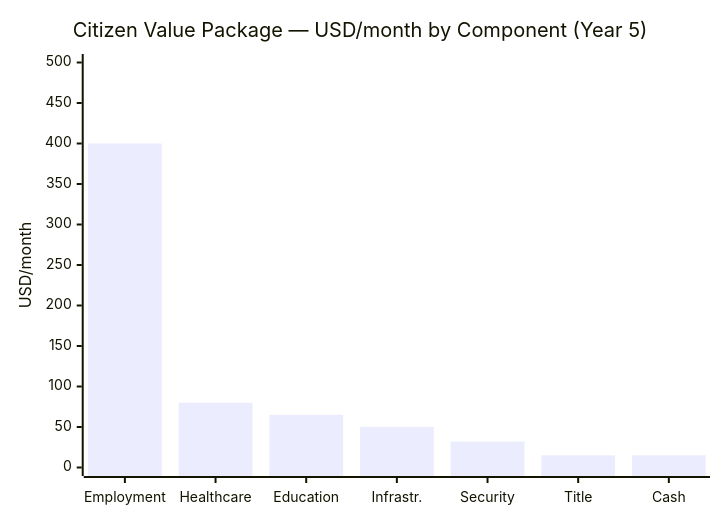
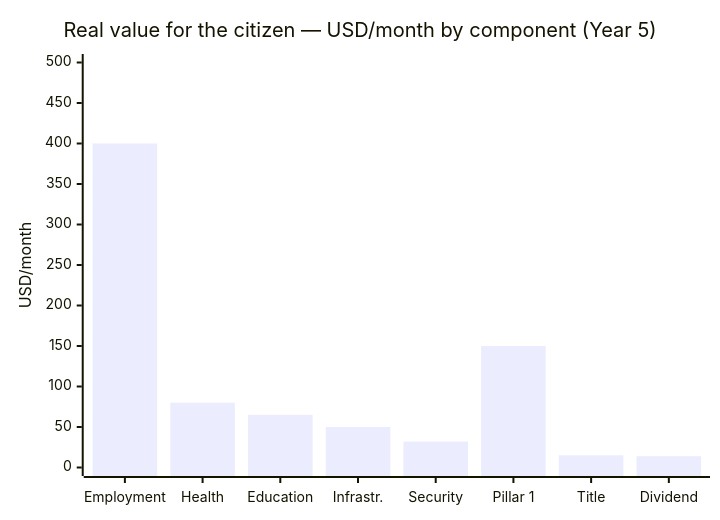
One commit to Venezuela-S-A/venezuela-sa changed the diagram in i18n/en/docusaurus-plugin-content-docs/current/03-ciudadanos/los-que-se-quedaron.md. Above: the diagram before and after it, drawn with Mermaid. The commit also changed other lines of this file and 2 other files, not shown here.

````diff
--- a/i18n/en/docusaurus-plugin-content-docs/current/03-ciudadanos/los-que-se-quedaron.md
+++ b/i18n/en/docusaurus-plugin-content-docs/current/03-ciudadanos/los-que-se-quedaron.md
@@ -134,7 +203,7 @@
 ```mermaid
 xychart-beta
-    title "Citizen Value Package — USD/month by Component (Year 5)"
-    x-axis ["Employment", "Healthcare", "Education", "Infrastr.", "Security", "Title", "Cash"]
+    title "Real value for the citizen — USD/month by component (Year 5)"
+    x-axis ["Employment", "Health", "Education", "Infrastr.", "Security", "Pillar 1", "Title", "Dividend"]
     y-axis "USD/month" 0 --> 500
-    bar [400, 80, 65, 50, 32, 15, 15]
+    bar [400, 80, 65, 50, 32, 150, 15, 14]
 ```
````
